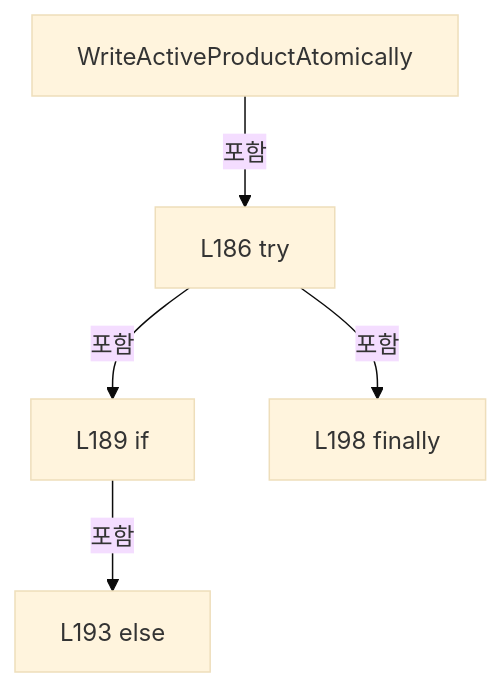
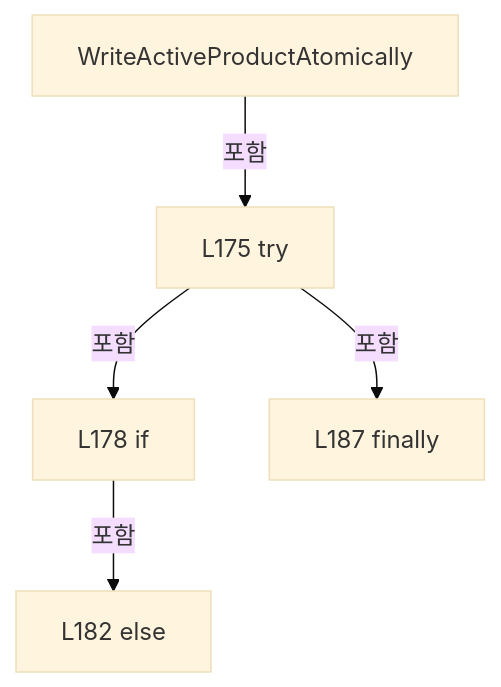
Before and after one commit to kjuws10-rgb/Shared: the fourth of 9 diagrams in A3 LD Code Ref/files/Drilling.File/Product/CProductFile.cs.md, drawn with Mermaid (base theme). The commit also changed other lines of this file and 8055 other files, not shown here.

Commit message:
docs(a3): trace Stage Glass Data and refresh architecture and full code reference

````diff
--- a/A3 LD Code Ref/files/Drilling.File/Product/CProductFile.cs.md
+++ b/A3 LD Code Ref/files/Drilling.File/Product/CProductFile.cs.md
@@ -912,12 +912,12 @@
 ```mermaid
 flowchart TD
  M["WriteActiveProductAtomically"]
- N0["L186 try"]
+ N0["L175 try"]
  M -->|포함| N0
- N1["L189 if"]
+ N1["L178 if"]
  N0 -->|포함| N1
- N2["L193 else"]
+ N2["L182 else"]
  N1 -->|포함| N2
- N3["L198 finally"]
+ N3["L187 finally"]
  N0 -->|포함| N3
 ```
````
